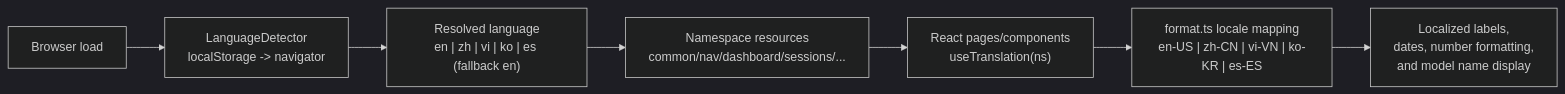
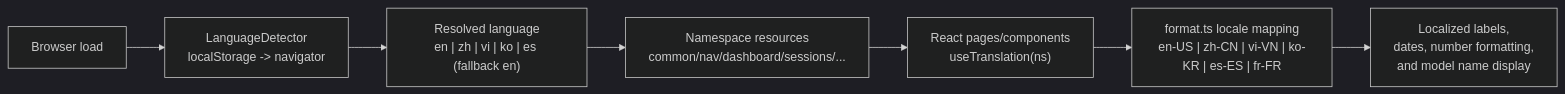
One commit to CorentinPa/Claude-Code-Agent-Monitor changed diagram 12 of 45 in ARCHITECTURE.md. Above: the diagram before and after it, drawn with Mermaid (dark theme). The commit also changed other lines of this file and 31 other files, not shown here.

````diff
--- a/ARCHITECTURE.md
+++ b/ARCHITECTURE.md
@@ -768,9 +768,9 @@
 ```mermaid
 flowchart LR
     A["Browser load"] --> B["LanguageDetector<br/>localStorage -> navigator"]
     B --> C["Resolved language<br/>en | zh | vi | ko | es (fallback en)"]
     C --> D["Namespace resources<br/>common/nav/dashboard/sessions/..."]
     D --> E["React pages/components<br/>useTranslation(ns)"]
-    E --> F["format.ts locale mapping<br/>en-US | zh-CN | vi-VN | ko-KR | es-ES"]
+    E --> F["format.ts locale mapping<br/>en-US | zh-CN | vi-VN | ko-KR | es-ES | fr-FR"]
     F --> G["Localized labels,<br/>dates, number formatting,<br/>and model name display"]
 ```
````
